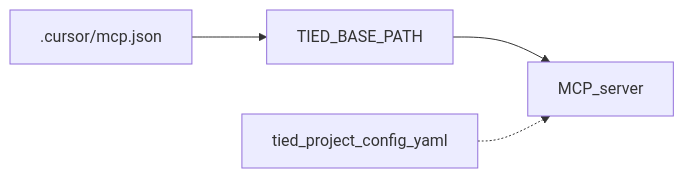
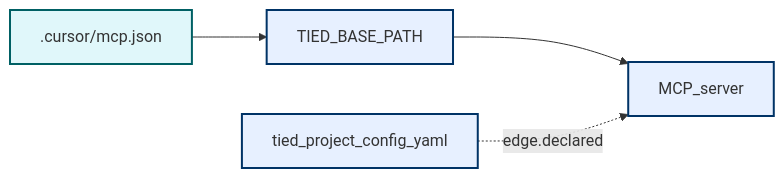
Before and after one commit to fareedst/tied: the sixth of 14 diagrams in docs/stdd-workflows.md, drawn with Mermaid. The commit also changed other lines of this file and 18 other files, not shown here.

First line of the commit message:
Add STDD vocab visual encoding registry and term color index.

````diff
--- a/docs/stdd-workflows.md
+++ b/docs/stdd-workflows.md
@@ -155,10 +174,13 @@
 ```mermaid
 flowchart LR
-  mcpJson[".cursor/mcp.json"]
-  env[TIED_BASE_PATH]
-  cfg[tied_project_config_yaml]
-  mcp[MCP_server]
+  %% palette: docs/visual-encoding-standards.md
+  classDef domAgentSurface fill:#e0f7fa,stroke:#006064,stroke-width:2px
+  classDef domTiedCorpus fill:#e7f0ff,stroke:#003366,stroke-width:2px
+  mcpJson[".cursor/mcp.json"]:::domAgentSurface
+  env[TIED_BASE_PATH]:::domTiedCorpus
+  cfg[tied_project_config_yaml]:::domTiedCorpus
+  mcp[MCP_server]:::domTiedCorpus
   mcpJson --> env
   env --> mcp
-  cfg -.-> mcp
+  cfg -.->|edge.declared| mcp
 ```
````
